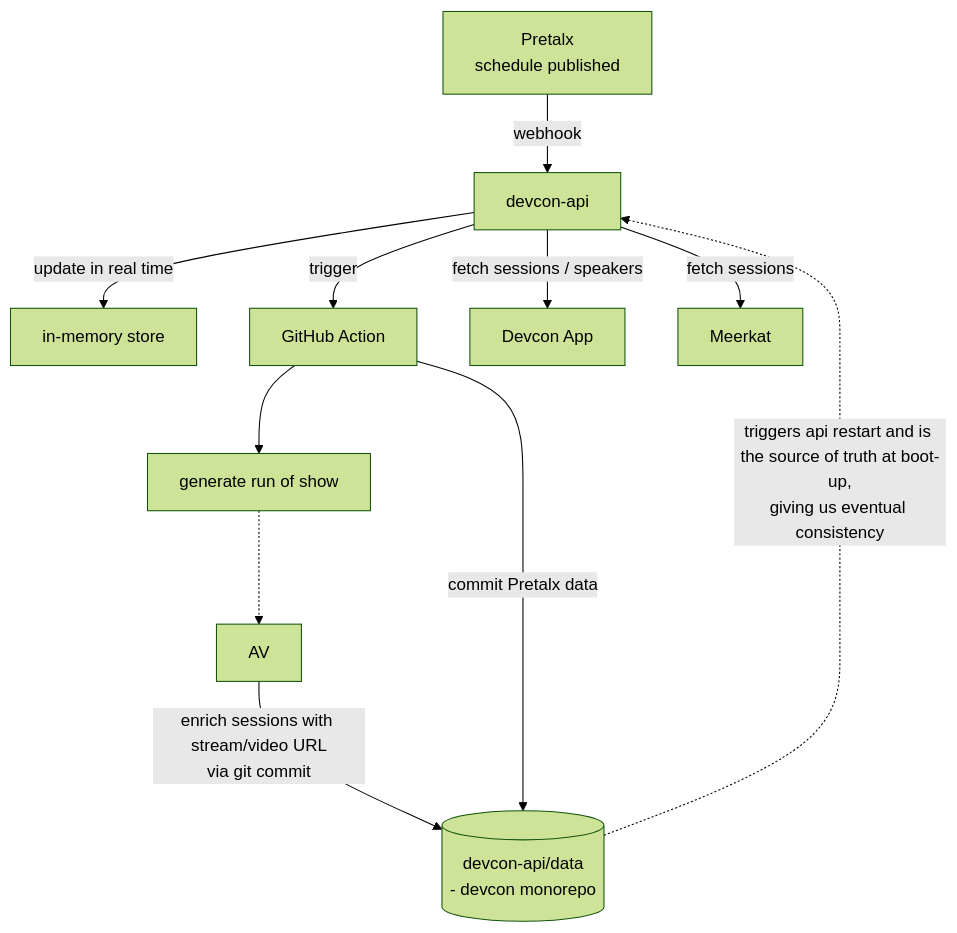
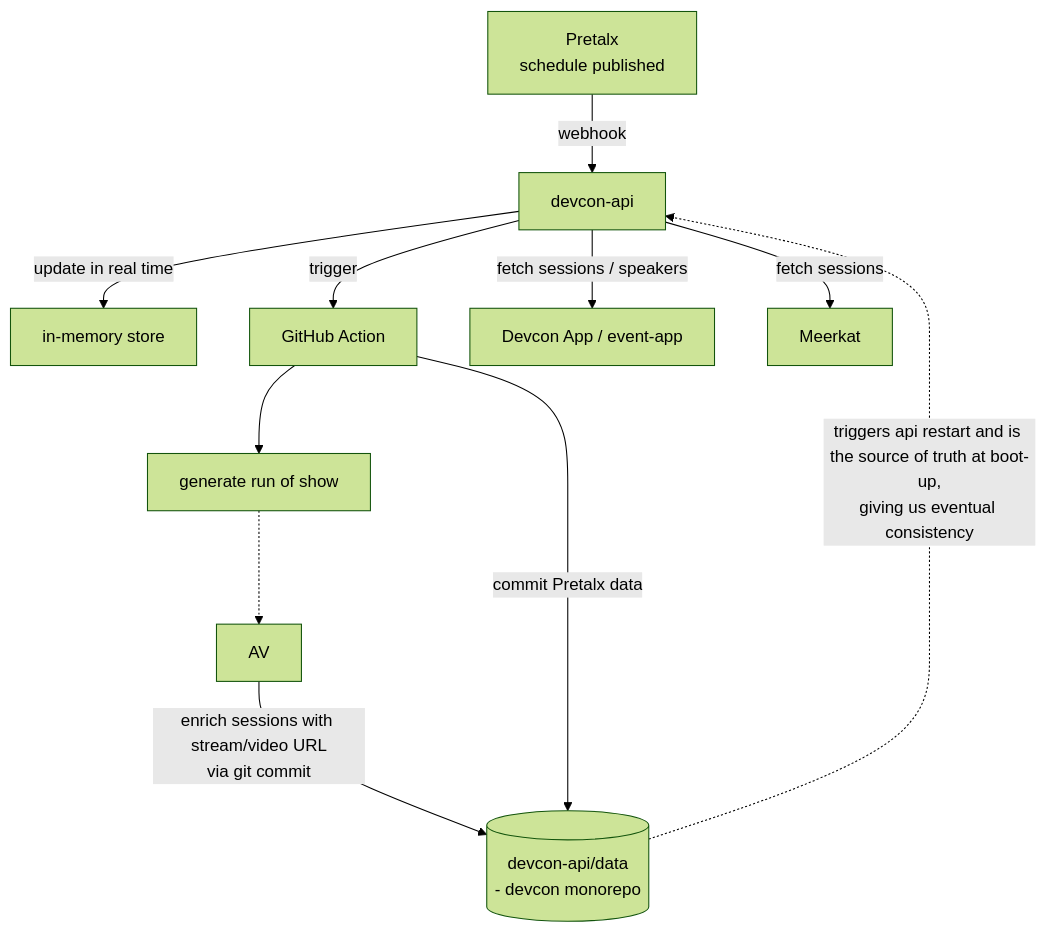
The diagram in docs/av/av-stack-overview.md (efdevcon/monorepo), drawn with Mermaid (forest theme) before and after one commit. The commit also changed other lines of this file, not shown here.

````diff
--- a/docs/av/av-stack-overview.md
+++ b/docs/av/av-stack-overview.md
@@ -62,13 +73,13 @@
 ```mermaid
 flowchart TD
     PX[Pretalx<br/>schedule published] -->|webhook| API[devcon-api]
     API -->|update in real time| STORE[in-memory store]
     API -->|trigger| GHA[GitHub Action]
     GHA --> ROS[generate run of show]
     ROS -.-> AV[AV]
     AV -->|enrich sessions with stream/video URL<br/>via git commit| DATA
     GHA -->|commit Pretalx data| DATA[(devcon-api/data<br/>- devcon monorepo)]
     DATA -.triggers api restart and is the source of truth at boot-up,<br/>giving us eventual consistency.-> API
-    API -->|fetch sessions / speakers| APP[Devcon App]
+    API -->|fetch sessions / speakers| APP[Devcon App / event-app]
     API -->|fetch sessions| MK[Meerkat]
 ```
````
